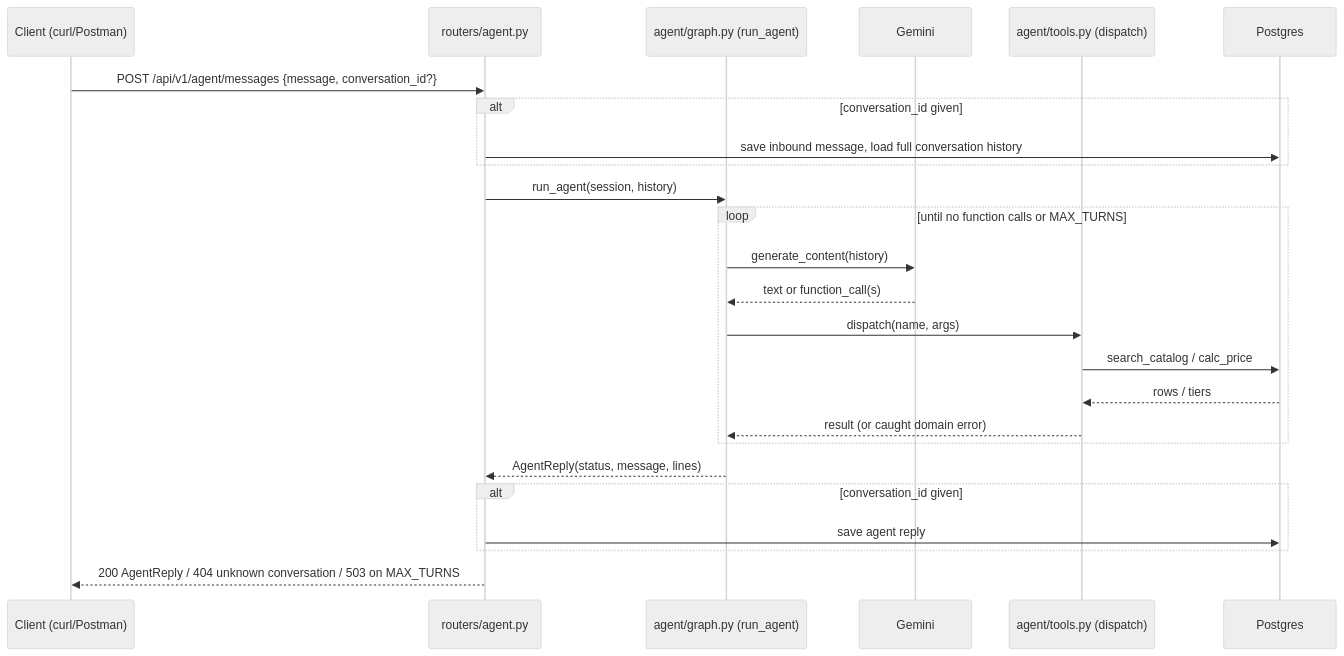
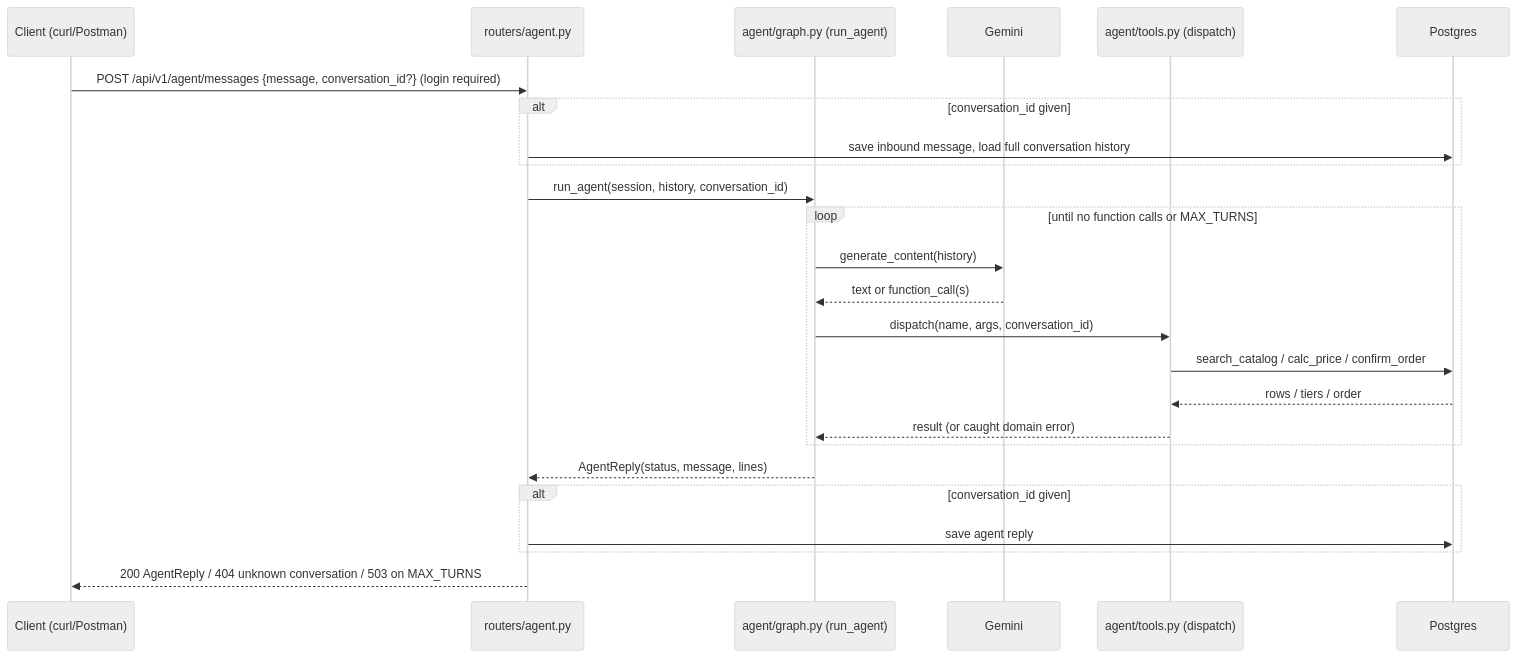
One commit to amineaiba/Quotify changed the second of 3 diagrams in docs/ARCHITECTURE.md. Above: the diagram before and after it, drawn with Mermaid (neutral theme). The commit also changed other lines of this file and 3 other files, not shown here.

Commit message:
Update README, roadmap and architecture docs

````diff
--- a/docs/ARCHITECTURE.md
+++ b/docs/ARCHITECTURE.md
@@ -132,28 +147,28 @@
 ```mermaid
 sequenceDiagram
     participant C as Client (curl/Postman)
     participant R as routers/agent.py
     participant L as agent/graph.py (run_agent)
     participant G as Gemini
     participant T as agent/tools.py (dispatch)
     participant DB as Postgres
 
-    C->>R: POST /api/v1/agent/messages {message, conversation_id?}
+    C->>R: POST /api/v1/agent/messages {message, conversation_id?} (login required)
     alt conversation_id given
         R->>DB: save inbound message, load full conversation history
     end
-    R->>L: run_agent(session, history)
+    R->>L: run_agent(session, history, conversation_id)
     loop until no function calls or MAX_TURNS
         L->>G: generate_content(history)
         G-->>L: text or function_call(s)
-        L->>T: dispatch(name, args)
-        T->>DB: search_catalog / calc_price
-        DB-->>T: rows / tiers
+        L->>T: dispatch(name, args, conversation_id)
+        T->>DB: search_catalog / calc_price / confirm_order
+        DB-->>T: rows / tiers / order
         T-->>L: result (or caught domain error)
     end
     L-->>R: AgentReply(status, message, lines)
     alt conversation_id given
         R->>DB: save agent reply
     end
     R-->>C: 200 AgentReply / 404 unknown conversation / 503 on MAX_TURNS
 ```
````
